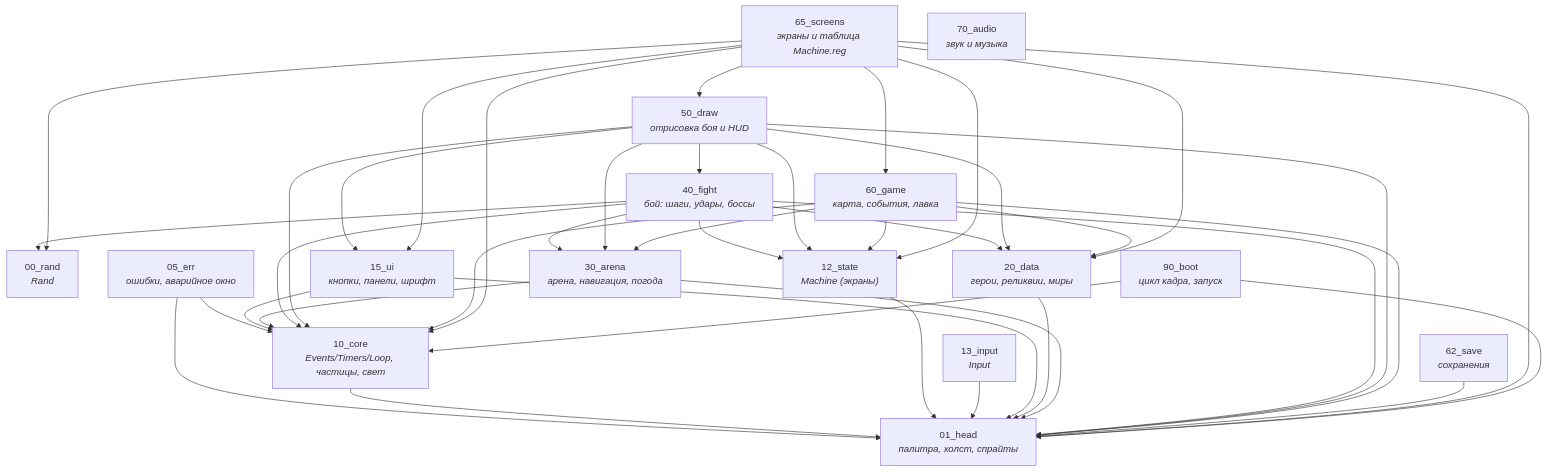
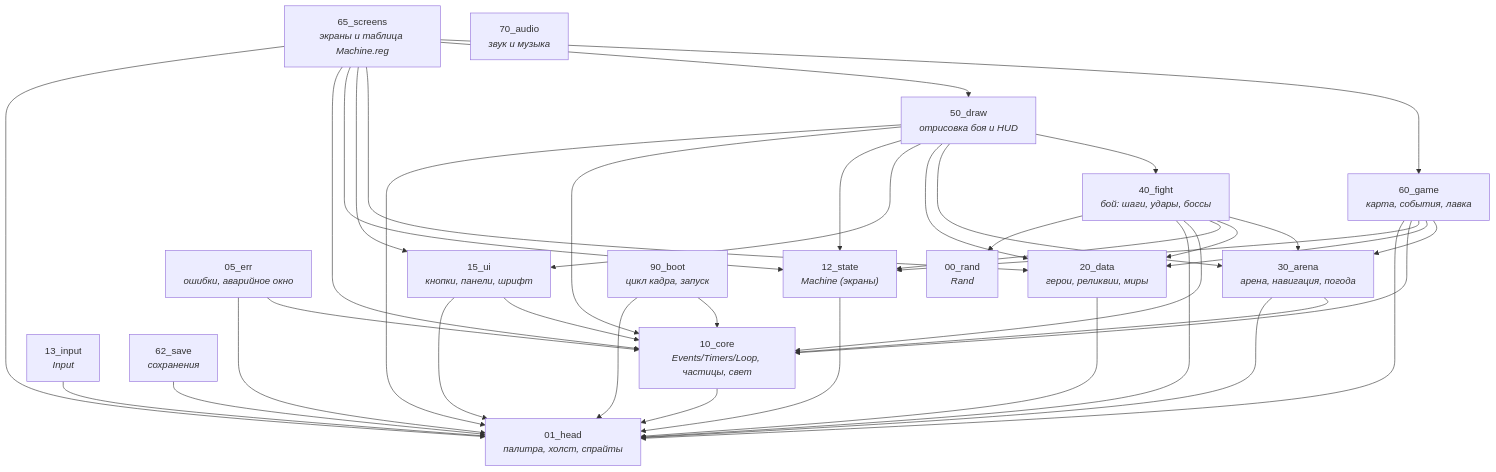
One commit to pampirapik2008-del/- changed the first of 2 diagrams in docs/ARCHITECTURE.md. Above: the diagram before and after it, drawn with Mermaid. The commit also changed other lines of this file and 11 other files, not shown here.

````diff
--- a/docs/ARCHITECTURE.md
+++ b/docs/ARCHITECTURE.md
@@ -53,58 +53,57 @@
 ```mermaid
 flowchart TB
     00_rand["00_rand<br/><i>Rand</i>"]
     01_head["01_head<br/><i>палитра, холст, спрайты</i>"]
     05_err["05_err<br/><i>ошибки, аварийное окно</i>"]
     10_core["10_core<br/><i>Events/Timers/Loop, частицы, свет</i>"]
     12_state["12_state<br/><i>Machine (экраны)</i>"]
     13_input["13_input<br/><i>Input</i>"]
     15_ui["15_ui<br/><i>кнопки, панели, шрифт</i>"]
     20_data["20_data<br/><i>герои, реликвии, миры</i>"]
     30_arena["30_arena<br/><i>арена, навигация, погода</i>"]
     40_fight["40_fight<br/><i>бой: шаги, удары, боссы</i>"]
     50_draw["50_draw<br/><i>отрисовка боя и HUD</i>"]
     60_game["60_game<br/><i>карта, события, лавка</i>"]
     62_save["62_save<br/><i>сохранения</i>"]
     65_screens["65_screens<br/><i>экраны и таблица Machine.reg</i>"]
     70_audio["70_audio<br/><i>звук и музыка</i>"]
     90_boot["90_boot<br/><i>цикл кадра, запуск</i>"]
     05_err --> 01_head
     05_err --> 10_core
     10_core --> 01_head
     12_state --> 01_head
     13_input --> 01_head
     15_ui --> 01_head
     15_ui --> 10_core
     20_data --> 01_head
     30_arena --> 01_head
     30_arena --> 10_core
     40_fight --> 00_rand
     40_fight --> 01_head
     40_fight --> 10_core
     40_fight --> 12_state
     40_fight --> 20_data
     40_fight --> 30_arena
     50_draw --> 01_head
     50_draw --> 10_core
     50_draw --> 12_state
     50_draw --> 15_ui
     50_draw --> 20_data
     50_draw --> 30_arena
     50_draw --> 40_fight
     60_game --> 01_head
     60_game --> 10_core
     60_game --> 12_state
     60_game --> 20_data
     60_game --> 30_arena
     62_save --> 01_head
-    65_screens --> 00_rand
     65_screens --> 01_head
     65_screens --> 10_core
     65_screens --> 12_state
     65_screens --> 15_ui
     65_screens --> 20_data
     65_screens --> 50_draw
     65_screens --> 60_game
     90_boot --> 01_head
     90_boot --> 10_core
 ```
````
